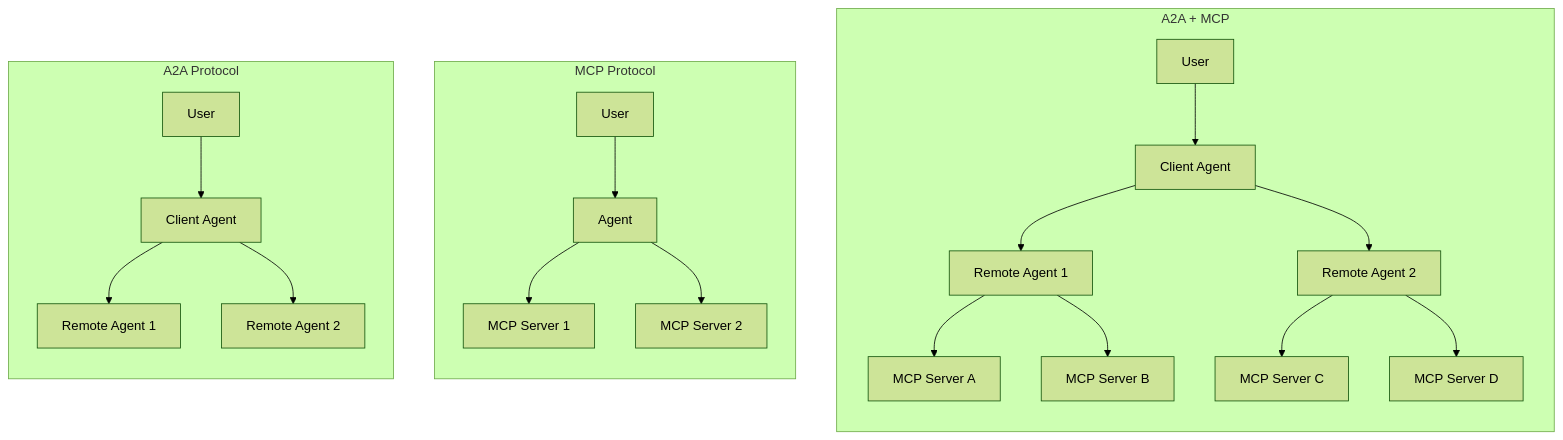
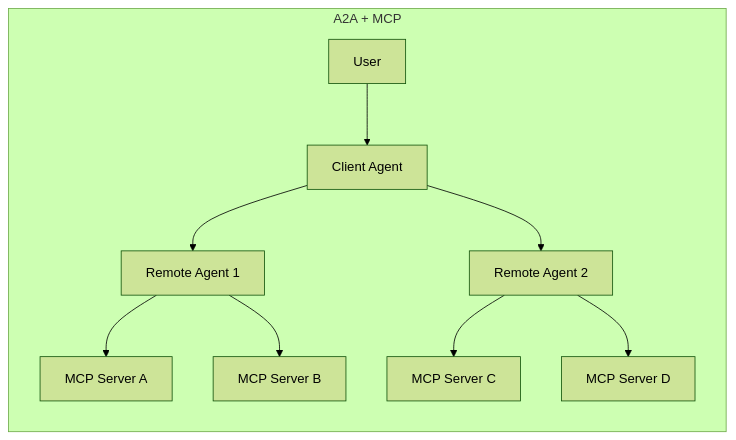
The second of 2 diagrams in source/challenges/day-22.md (hsiangjenli/2025-it-help-ironman), drawn with Mermaid (forest theme) before and after one commit. The commit also changed other lines of this file, not shown here.

````diff
--- a/source/challenges/day-22.md
+++ b/source/challenges/day-22.md
@@ -9,35 +31,19 @@
 ```mermaid
 flowchart BT
   subgraph Hybrid["A2A + MCP"]
     HCA["Client Agent"]
     UC["User"]
     HRA1["Remote Agent 1"]
     HRA2["Remote Agent 2"]
     MCP1["MCP Server A"]
     MCP2["MCP Server B"]
     MCP3["MCP Server C"]
     MCP4["MCP Server D"]
   end
-  subgraph MCP["MCP Protocol"]
-    Agent["Agent"]
-    UB["User"]
-    MCP_Srv1["MCP Server 1"]
-    MCP_Srv2["MCP Server 2"]
-  end
-  subgraph A2A["A2A Protocol"]
-    CA1["Client Agent"]
-    UA["User"]
-    RA1["Remote Agent 1"]
-    RA2["Remote Agent 2"]
-  end
-  UA --> CA1
-  CA1 --> RA1 & RA2
-  UB --> Agent
-  Agent --> MCP_Srv1 & MCP_Srv2
   UC --> HCA
   HCA --> HRA1 & HRA2
   HRA1 --> MCP1
   HRA1 --> MCP2
   HRA2 --> MCP3
   HRA2 --> MCP4
 ```
````
